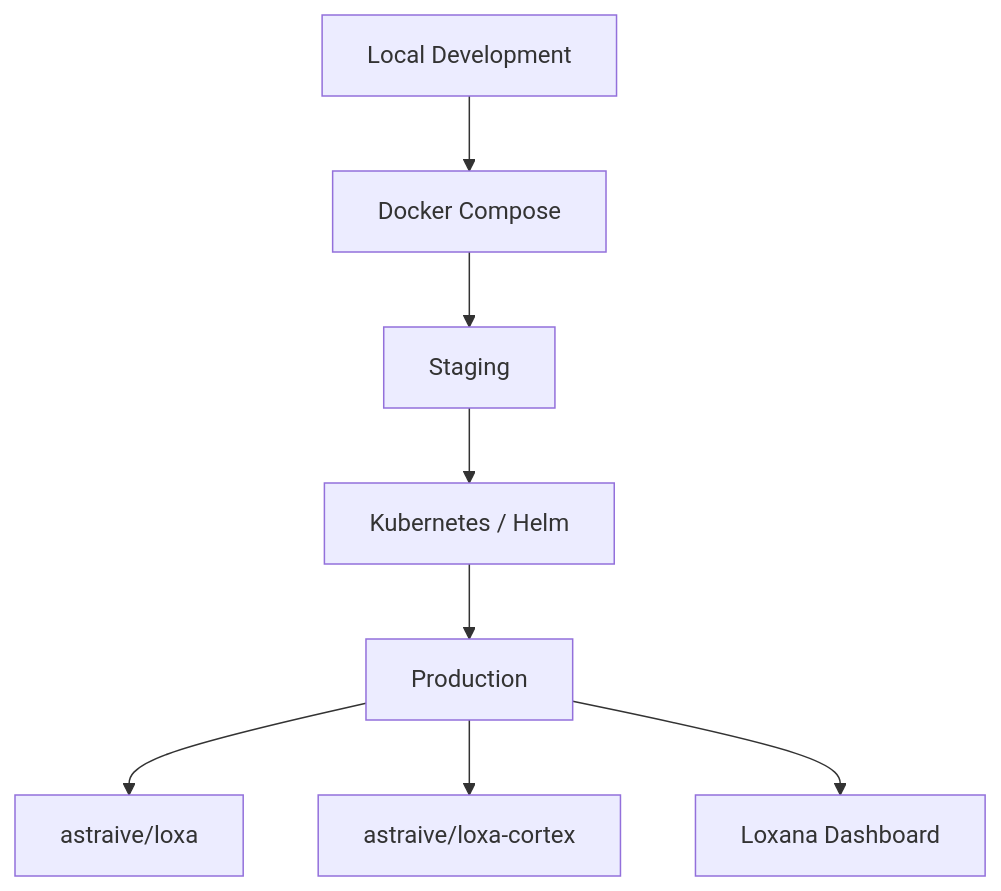
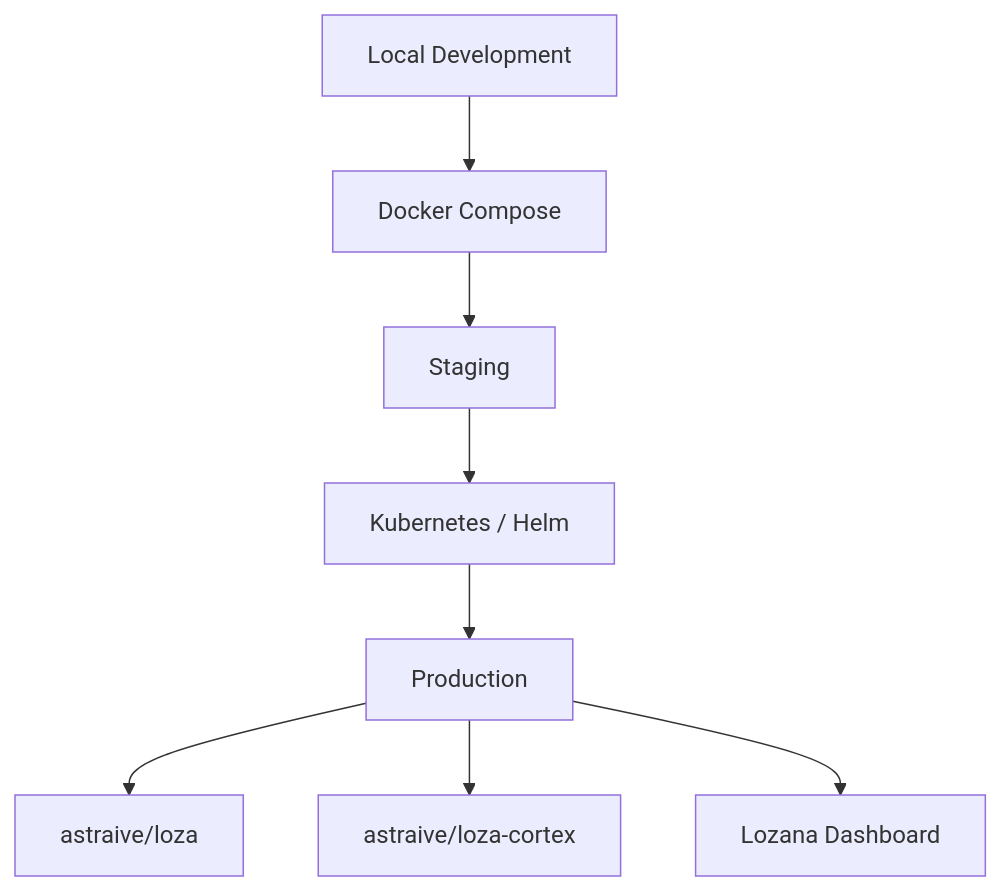
Before and after one commit to Astraive/loxa: the third of 3 diagrams in README.md, drawn with Mermaid. The commit also changed other lines of this file and 1108 other files, not shown here.

````diff
--- a/README.md
+++ b/README.md
@@ -407,11 +407,11 @@
 ```mermaid
 flowchart TD
     Dev["Local Development"] --> Compose["Docker Compose"]
     Compose --> Staging["Staging"]
     Staging --> K8s["Kubernetes / Helm"]
     K8s --> Prod["Production"]
 
-    Prod --> Collector["astraive/loxa"]
-    Prod --> Cortex["astraive/loxa-cortex"]
-    Prod --> Dashboard["Loxana Dashboard"]
+    Prod --> Collector["astraive/loza"]
+    Prod --> Cortex["astraive/loza-cortex"]
+    Prod --> Dashboard["Lozana Dashboard"]
 ```
````
